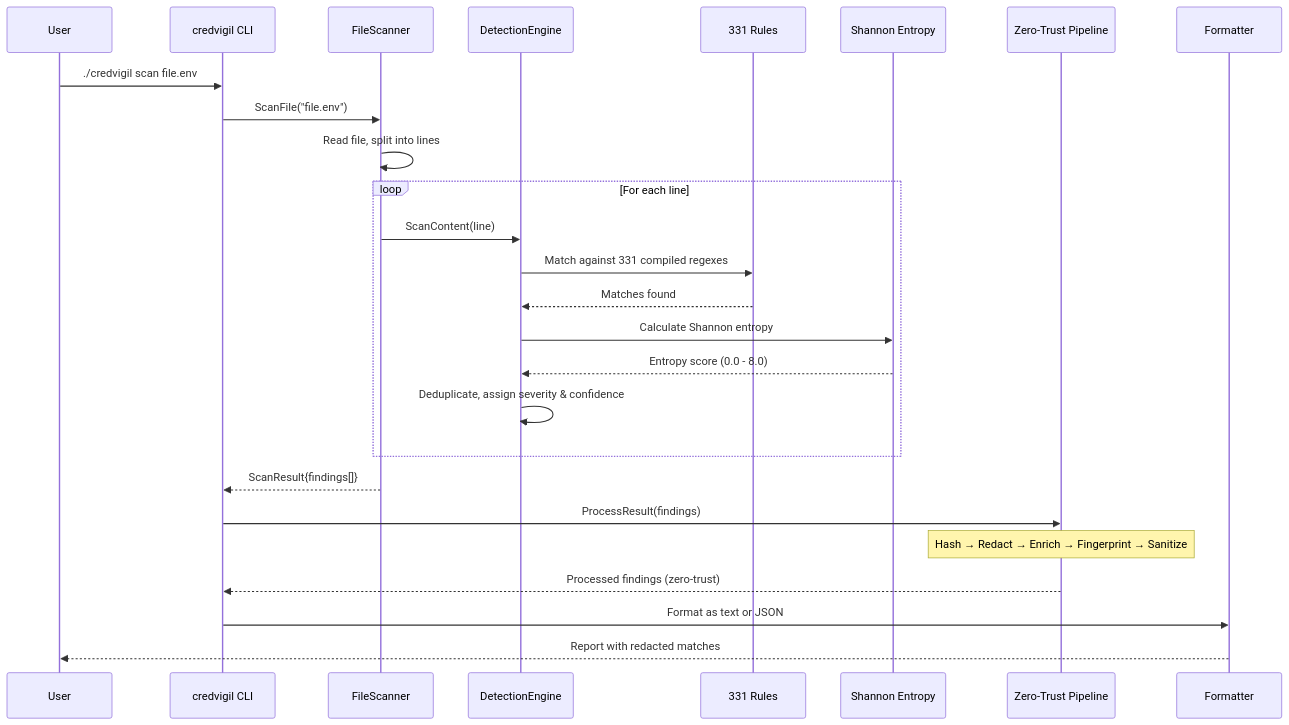
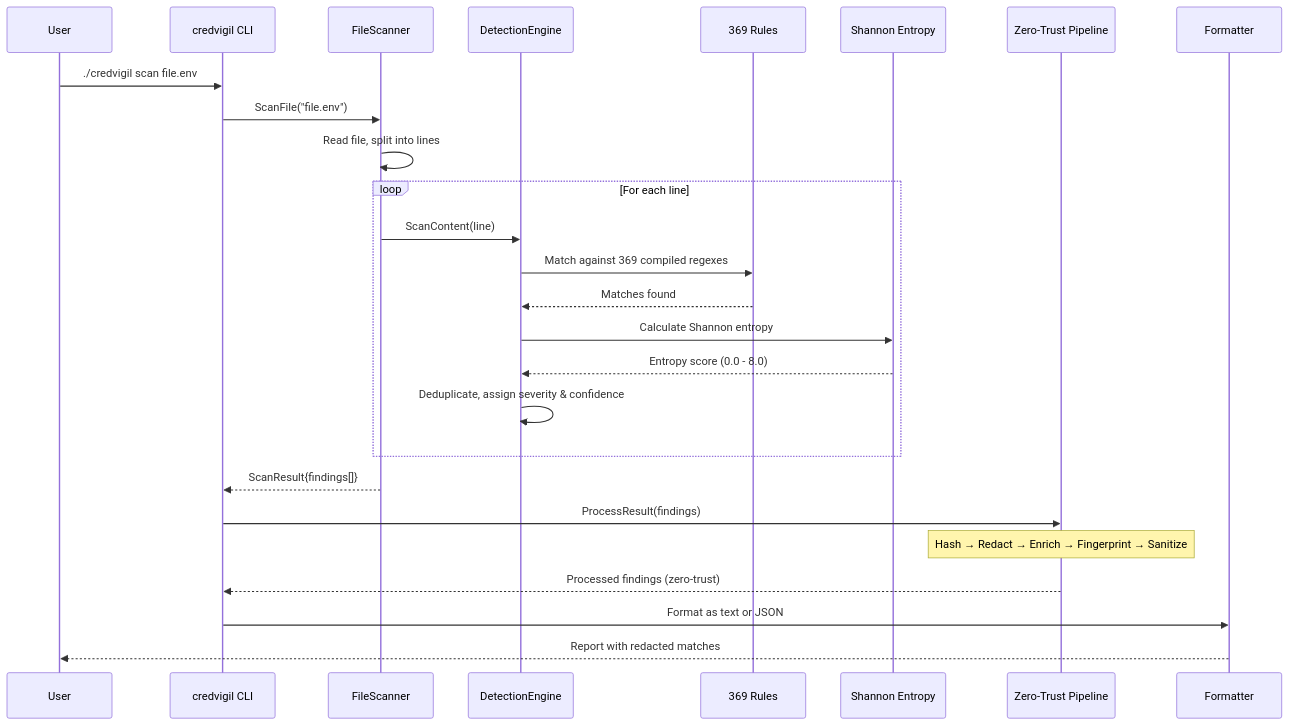
One commit to svemulapati/CredVigil changed the third of 32 diagrams in docs/training/100_commands_summary.md. Above: the diagram before and after it, drawn with Mermaid. The commit also changed other lines of this file and 20 other files, not shown here.

````diff
--- a/docs/training/100_commands_summary.md
+++ b/docs/training/100_commands_summary.md
@@ -253,29 +253,29 @@
 ```mermaid
 sequenceDiagram
     participant User
     participant CLI as credvigil CLI
     participant Scanner as FileScanner
     participant Engine as DetectionEngine
-    participant Rules as 331 Rules
+    participant Rules as 369 Rules
     participant Entropy as Shannon Entropy
     participant Pipeline as Zero-Trust Pipeline
     participant Output as Formatter
 
     User->>CLI: ./credvigil scan file.env
     CLI->>Scanner: ScanFile("file.env")
     Scanner->>Scanner: Read file, split into lines
     loop For each line
         Scanner->>Engine: ScanContent(line)
-        Engine->>Rules: Match against 331 compiled regexes
+        Engine->>Rules: Match against 369 compiled regexes
         Rules-->>Engine: Matches found
         Engine->>Entropy: Calculate Shannon entropy
         Entropy-->>Engine: Entropy score (0.0 - 8.0)
         Engine->>Engine: Deduplicate, assign severity & confidence
     end
     Scanner-->>CLI: ScanResult{findings[]}
     CLI->>Pipeline: ProcessResult(findings)
     Note over Pipeline: Hash → Redact → Enrich → Fingerprint → Sanitize
     Pipeline-->>CLI: Processed findings (zero-trust)
     CLI->>Output: Format as text or JSON
     Output-->>User: Report with redacted matches
 ```
````
